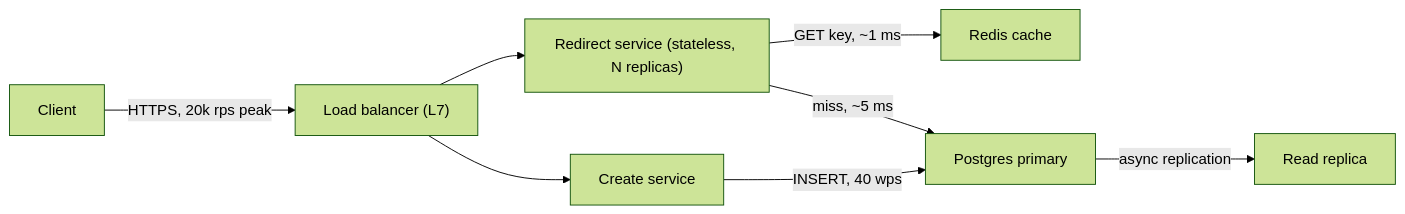
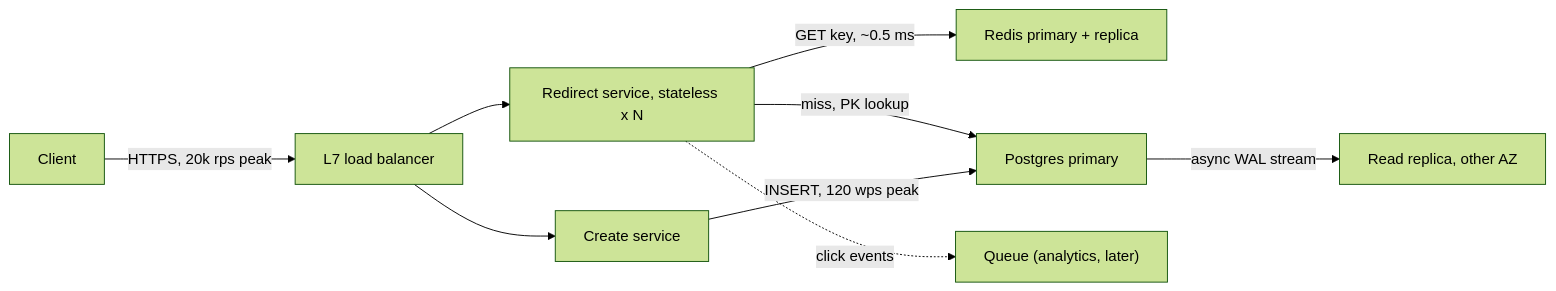
One commit to thull32/ascend changed the diagram in content/tracks/09-system-design/01-building-blocks/01-the-design-interview-method.md. Above: the diagram before and after it, drawn with Mermaid (forest theme). The commit also changed other lines of this file and 7 other files, not shown here.

````diff
--- a/content/tracks/09-system-design/01-building-blocks/01-the-design-interview-method.md
+++ b/content/tracks/09-system-design/01-building-blocks/01-the-design-interview-method.md
@@ -91,10 +92,11 @@
 ```mermaid
 flowchart LR
-  C["Client"] -->|"HTTPS, 20k rps peak"| LB["Load balancer (L7)"]
-  LB --> S["Redirect service (stateless, N replicas)"]
-  S -->|"GET key, ~1 ms"| R["Redis cache"]
-  S -->|"miss, ~5 ms"| P["Postgres primary"]
-  P -->|"async replication"| RR["Read replica"]
-  W["Create service"] -->|"INSERT, 40 wps"| P
-  LB --> W
+  C["Client"] -->|"HTTPS, 20k rps peak"| LB["L7 load balancer"]
+  LB --> S["Redirect service, stateless x N"]
+  S -->|"GET key, ~0.5 ms"| R["Redis primary + replica"]
+  S -->|"miss, PK lookup"| P["Postgres primary"]
+  P -->|"async WAL stream"| RR["Read replica, other AZ"]
+  LB --> W["Create service"]
+  W -->|"INSERT, 120 wps peak"| P
+  S -.->|"click events"| Q["Queue (analytics, later)"]
 ```
````
